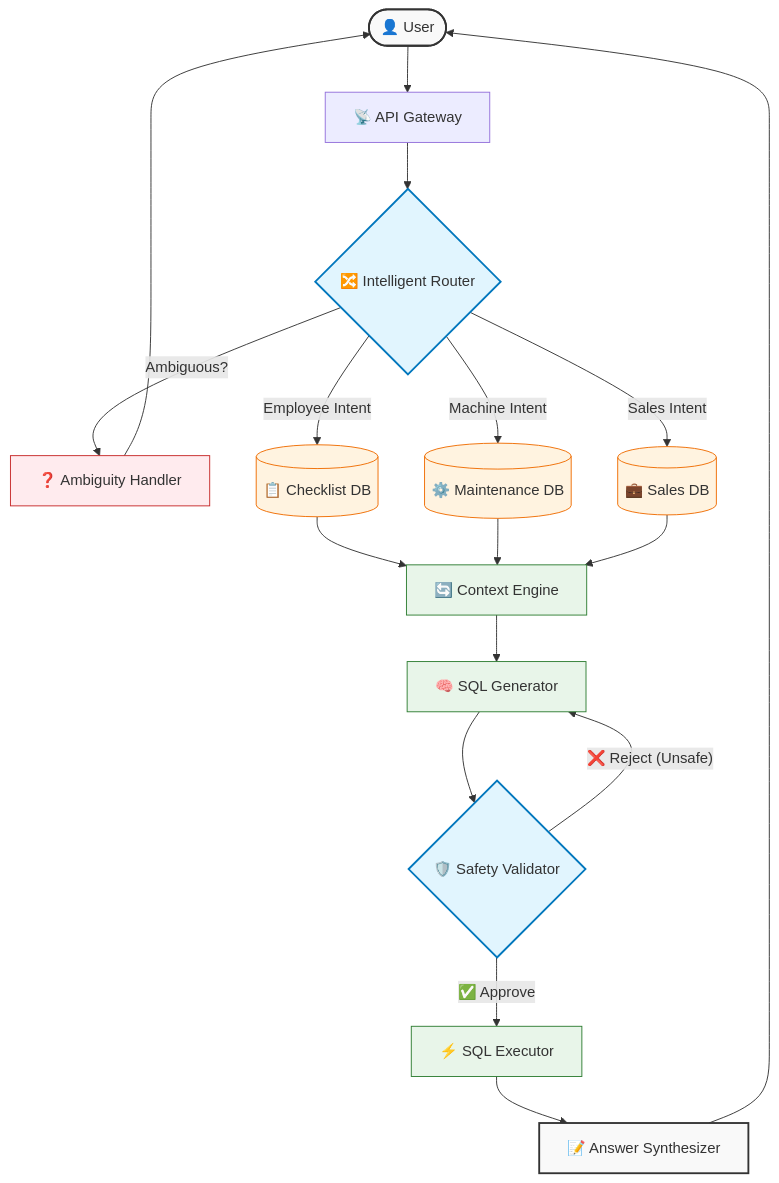
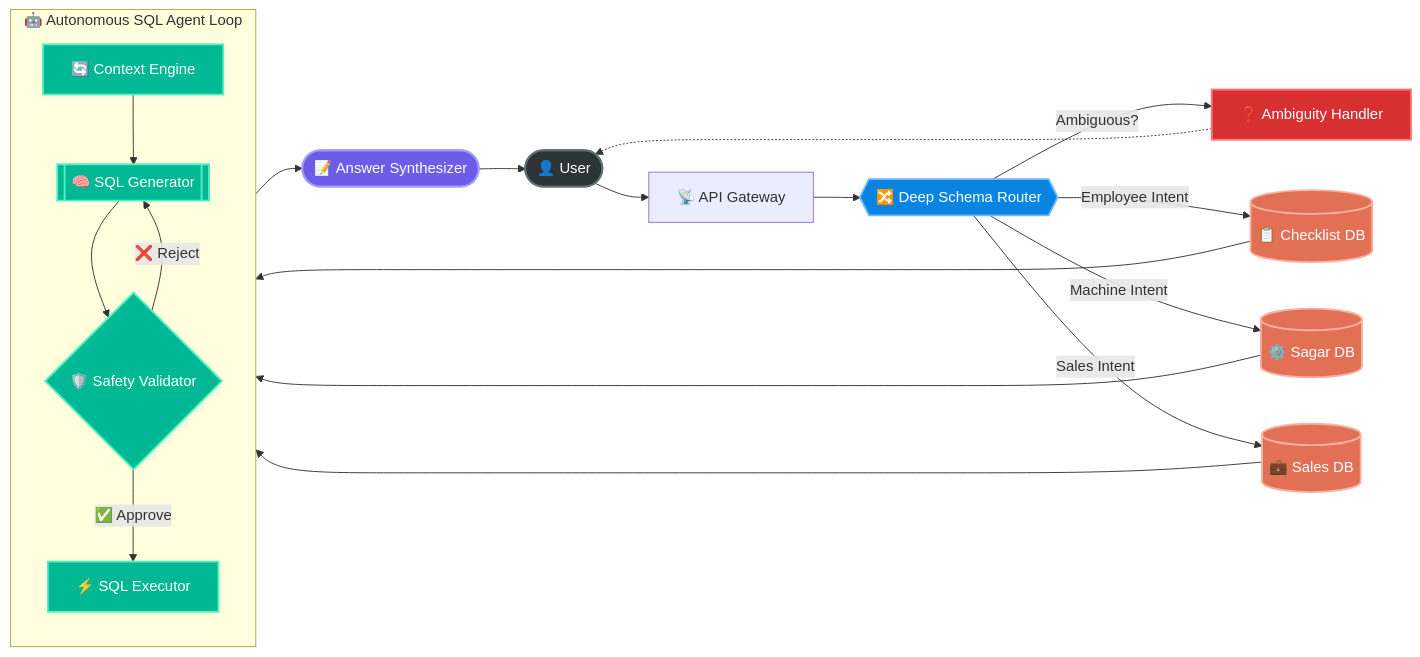
Before and after one commit to missagar01/sagar-ai-agent-backend: the diagram in README.md, drawn with Mermaid.

Commit message:
docs: enhance workflow diagram with modern mermaid styling

````diff
--- a/README.md
+++ b/README.md
@@ -38,34 +38,44 @@
 ```mermaid
-graph TD
-    %% -- Styling Definitions --
-    classDef userNode fill:#f9f9f9,stroke:#333,stroke-width:2px;
-    classDef routerNode fill:#e1f5fe,stroke:#0277bd,stroke-width:2px;
-    classDef dbNode fill:#fff3e0,stroke:#ef6c00,stroke-width:1px;
-    classDef logicNode fill:#e8f5e9,stroke:#2e7d32,stroke-width:1px;
-    classDef errorNode fill:#ffebee,stroke:#c62828,stroke-width:1px;
+graph LR
+    %% -- Modern Color Palette --
+    classDef userNode fill:#2d3436,stroke:#636e72,stroke-width:2px,color:#fff;
+    classDef routerNode fill:#0984e3,stroke:#74b9ff,stroke-width:2px,color:#fff;
+    classDef dbNode fill:#e17055,stroke:#fab1a0,stroke-width:2px,color:#fff;
+    classDef agentNode fill:#00b894,stroke:#55efc4,stroke-width:2px,color:#fff;
+    classDef errorNode fill:#d63031,stroke:#ff7675,stroke-width:2px,color:#fff;
+    classDef outputNode fill:#6c5ce7,stroke:#a29bfe,stroke-width:2px,color:#fff;
 
-    %% -- The Main Flow --
+    %% -- User Entry --
     User([👤 User]):::userNode --> API[📡 API Gateway]
-    API --> Router{🔀 Intelligent Router}:::routerNode
+    API --> Router{{🔀 Deep Schema Router}}:::routerNode
+
+    %% -- Logic Fork --
+    Router -- "Ambiguous?" --> Clarify[❓ Ambiguity Handler]:::errorNode
+    Clarify -.-> User
     
-    %% -- Ambiguity Path --
-    Router -- "Ambiguous?" --> Clarify[❓ Ambiguity Handler]:::errorNode
-    Clarify --> User
+    %% -- Routing --
+    Router -- "Employee Intent" --> Check[(📋 Checklist DB)]:::dbNode
+    Router -- "Machine Intent" --> Sagar[(⚙️ Sagar DB)]:::dbNode
+    Router -- "Sales Intent" --> L2O[(💼 Sales DB)]:::dbNode
     
-    %% -- Multi-Database Routing --
-    Router -- "Employee Intent" --> DB_Checklist[(📋 Checklist DB)]:::dbNode
-    Router -- "Machine Intent" --> DB_Sagar[(⚙️ Maintenance DB)]:::dbNode
-    Router -- "Sales Intent" --> DB_L2O[(💼 Sales DB)]:::dbNode
-    
-    %% -- The Autonomous Agent Loop (Shared Logic) --
-    DB_Checklist & DB_Sagar & DB_L2O --> Context[🔄 Context Engine]:::logicNode
-    Context --> Generator[🧠 SQL Generator]:::logicNode
-    
-    Generator --> Validator{🛡️ Safety Validator}:::routerNode
-    Validator -- "❌ Reject (Unsafe)" --> Generator
-    Validator -- "✅ Approve" --> Executor[⚡ SQL Executor]:::logicNode
-    
-    %% -- Final Response --
-    Executor --> Synthesizer[📝 Answer Synthesizer]:::userNode
+    %% -- The Autonomous Agent Core --
+    subgraph Core_Agent_Logic [🤖 Autonomous SQL Agent Loop]
+        direction TB
+        Reformulate[🔄 Context Engine]:::agentNode
+        Generator[[🧠 SQL Generator]]:::agentNode
+        Validator{🛡️ Safety Validator}:::agentNode
+        Executor[⚡ SQL Executor]:::agentNode
+        
+        Reformulate --> Generator
+        Generator --> Validator
+        Validator -- "❌ Reject" --> Generator
+        Validator -- "✅ Approve" --> Executor
+    end
+
+    %% -- Connections to Core --
+    Check & Sagar & L2O --> Reformulate
+
+    %% -- Final Output --
+    Executor --> Synthesizer([📝 Answer Synthesizer]):::outputNode
     Synthesizer --> User
 ```
````
